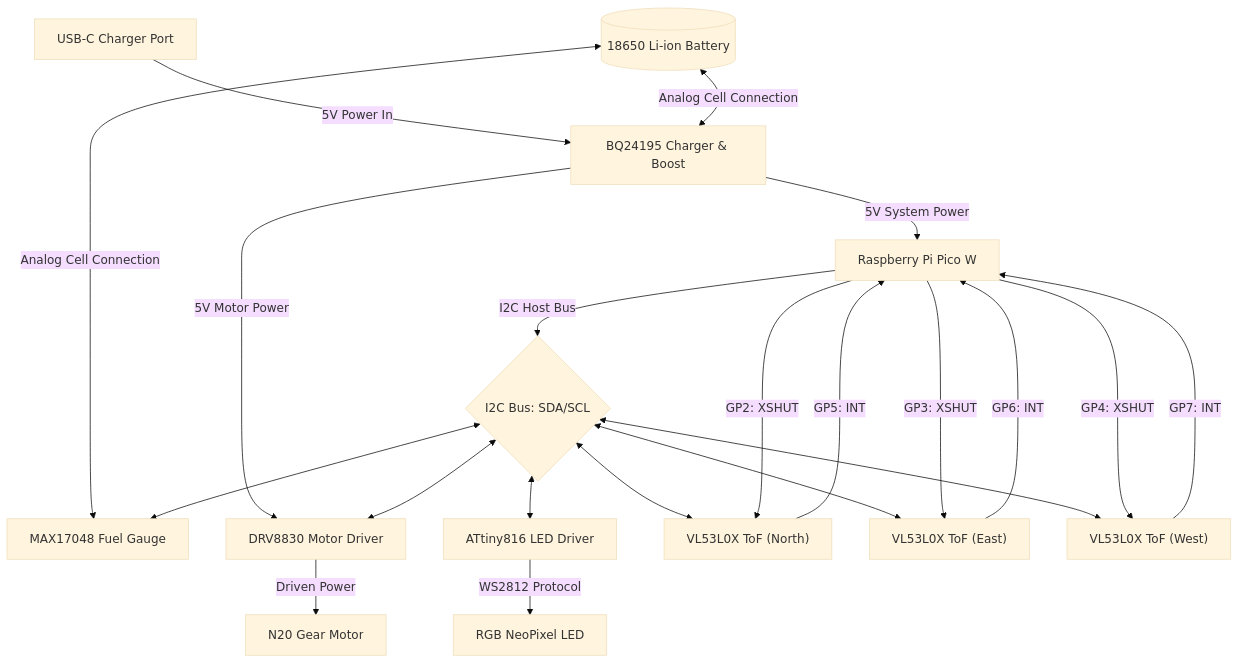
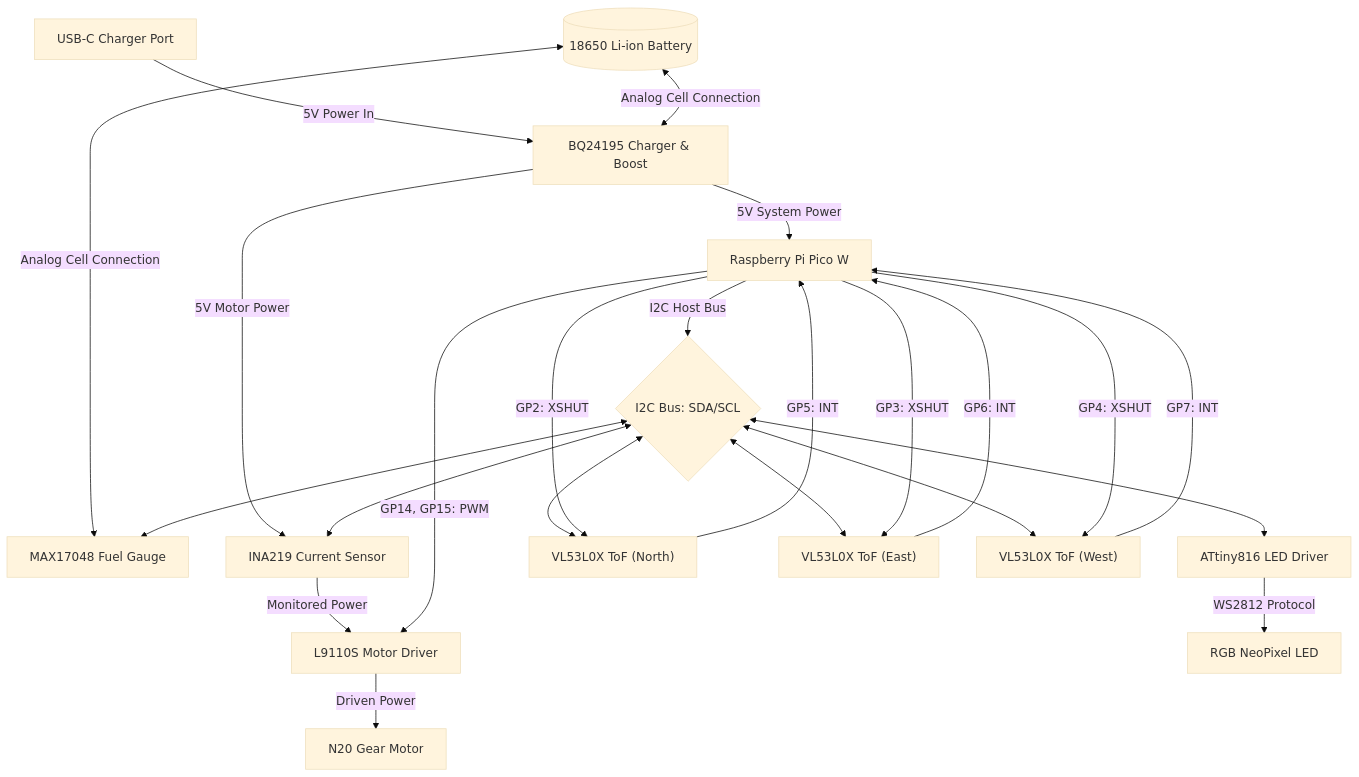
One commit to picklethecat1488-hue/hardware changed the diagram in src/projects/cat_fountain.md. Above: the diagram before and after it, drawn with Mermaid (base theme). The commit also changed other lines of this file and 1 other file, not shown here.

First line of the commit message:
Replace grove motor controller with L9110S and dedicated current sensor

````diff
--- a/src/projects/cat_fountain.md
+++ b/src/projects/cat_fountain.md
@@ -34,32 +34,34 @@
 ```mermaid
 graph TD
     %% Power Subsystem
     USBC["USB-C Charger Port"] -->|5V Power In| BQ["BQ24195 Charger & Boost"]
     BAT[("18650 Li-ion Battery")] <-->|Analog Cell Connection| BQ
     BAT <-->|Analog Cell Connection| MAX["MAX17048 Fuel Gauge"]
     
     %% Power Distribution
     BQ -->|5V System Power| PICO["Raspberry Pi Pico W"]
-    BQ -->|5V Motor Power| DRV["DRV8830 Motor Driver"]
+    BQ -->|5V Motor Power| INA["INA219 Current Sensor"]
+    INA -->|Monitored Power| DRV["L9110S Motor Driver"]
     
     %% I2C Bus Connections
     PICO -->|I2C Host Bus| I2CBus{I2C Bus: SDA/SCL}
     I2CBus <--> MAX
-    I2CBus <--> DRV
+    I2CBus <--> INA
     I2CBus <--> LED_DRV["ATtiny816 LED Driver"]
     I2CBus <--> TOF1["VL53L0X ToF (North)"]
     I2CBus <--> TOF2["VL53L0X ToF (East)"]
     I2CBus <--> TOF3["VL53L0X ToF (West)"]
     
     %% Control Lines
     PICO -->|GP2: XSHUT| TOF1
     PICO -->|GP3: XSHUT| TOF2
     PICO -->|GP4: XSHUT| TOF3
     TOF1 -->|GP5: INT| PICO
     TOF2 -->|GP6: INT| PICO
     TOF3 -->|GP7: INT| PICO
+    PICO -->|GP14, GP15: PWM| DRV
     
     %% Output Connections
     DRV -->|Driven Power| MOTOR["N20 Gear Motor"]
     LED_DRV -->|WS2812 Protocol| LED["RGB NeoPixel LED"]
 ```
````
